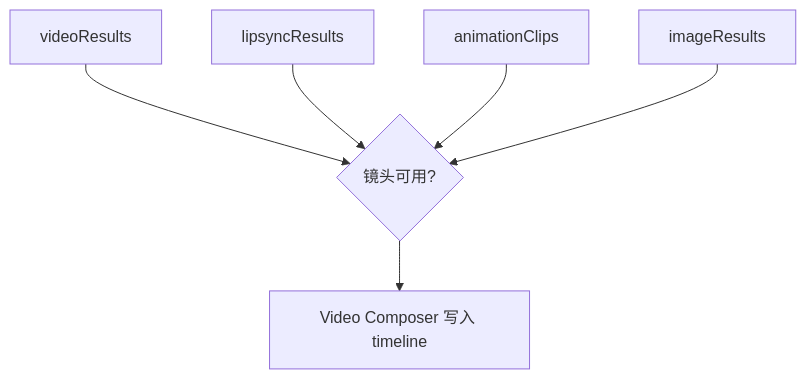
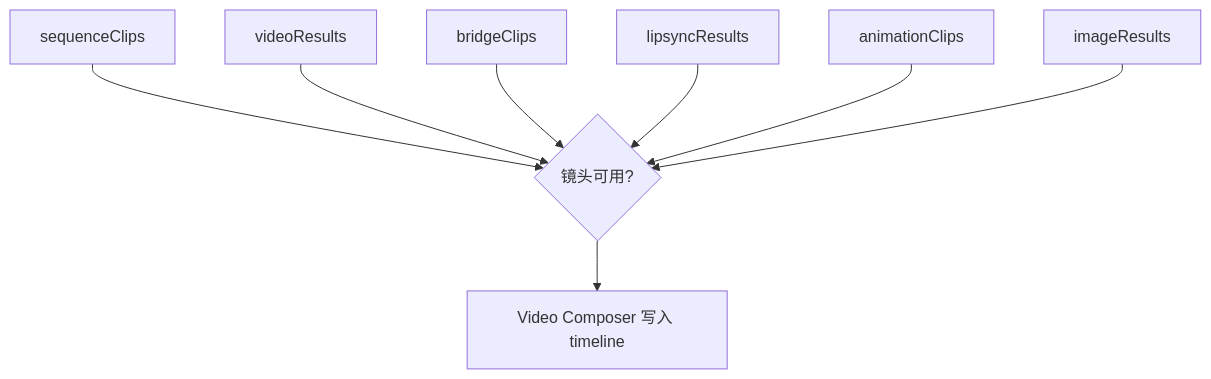
One commit to OliverPanda/AI-video-factory-pro changed the third of 3 diagrams in docs/agents/agent-io-map.md. Above: the diagram before and after it, drawn with Mermaid. The commit also changed other lines of this file and 30 other files, not shown here.

````diff
--- a/docs/agents/agent-io-map.md
+++ b/docs/agents/agent-io-map.md
@@ -162,8 +178,10 @@
 ```mermaid
 flowchart TD
-    A[videoResults] --> E{镜头可用?}
-    B[lipsyncResults] --> E
-    C[animationClips] --> E
-    D[imageResults] --> E
-    E --> F[Video Composer 写入 timeline]
+    A[sequenceClips] --> Z{镜头可用?}
+    B[videoResults] --> Z
+    C[bridgeClips] --> Z
+    D[lipsyncResults] --> Z
+    E[animationClips] --> Z
+    F[imageResults] --> Z
+    Z --> Y[Video Composer 写入 timeline]
 ```
````
